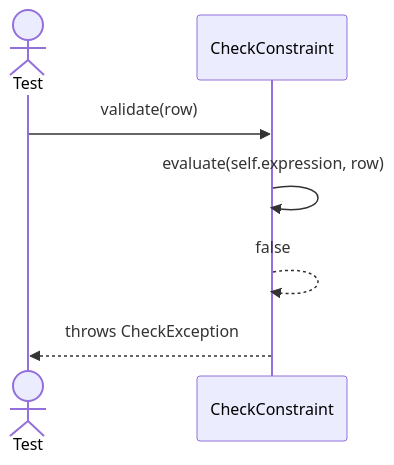
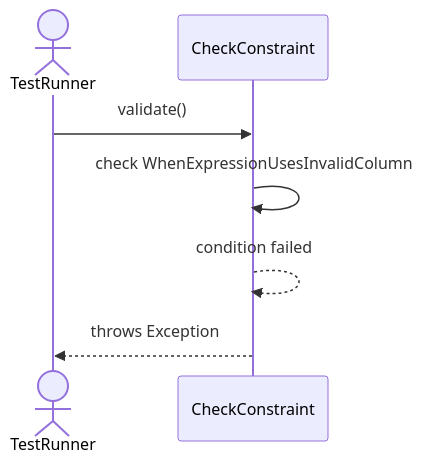
One commit to TamBui1706/DBMS changed the third of 3 diagrams in Sequences/DatabaseObjectManagement/CheckConstraint.md. Above: the diagram before and after it, drawn with Mermaid. The commit also changed other lines of this file and 63 other files, not shown here.

Commit message:
Draw sequence diagram for unit tests

````diff
--- a/Sequences/DatabaseObjectManagement/CheckConstraint.md
+++ b/Sequences/DatabaseObjectManagement/CheckConstraint.md
@@ -28,10 +39,9 @@
 ```mermaid
 sequenceDiagram
-    actor Test
+    actor TestRunner
     participant CheckConstraint
-
-    Test->>CheckConstraint: validate(row)
-    CheckConstraint->>CheckConstraint: evaluate(self.expression, row)
-    CheckConstraint-->>CheckConstraint: false
-    CheckConstraint-->>Test: throws CheckException
+    TestRunner->>CheckConstraint: validate()
+    CheckConstraint->>CheckConstraint: check WhenExpressionUsesInvalidColumn
+    CheckConstraint-->>CheckConstraint: condition failed
+    CheckConstraint-->>TestRunner: throws Exception
 ```
````
